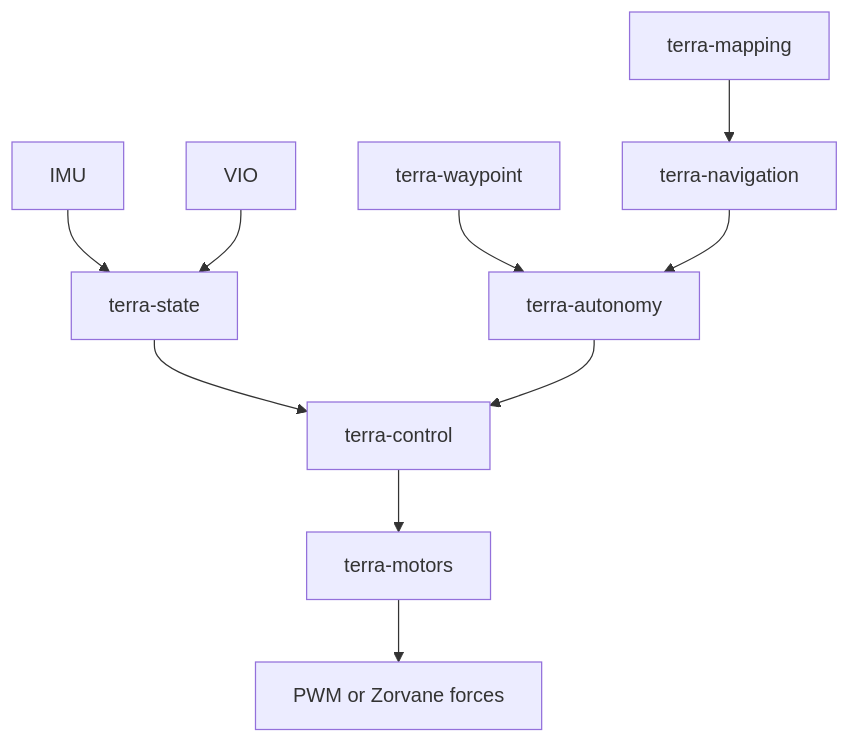
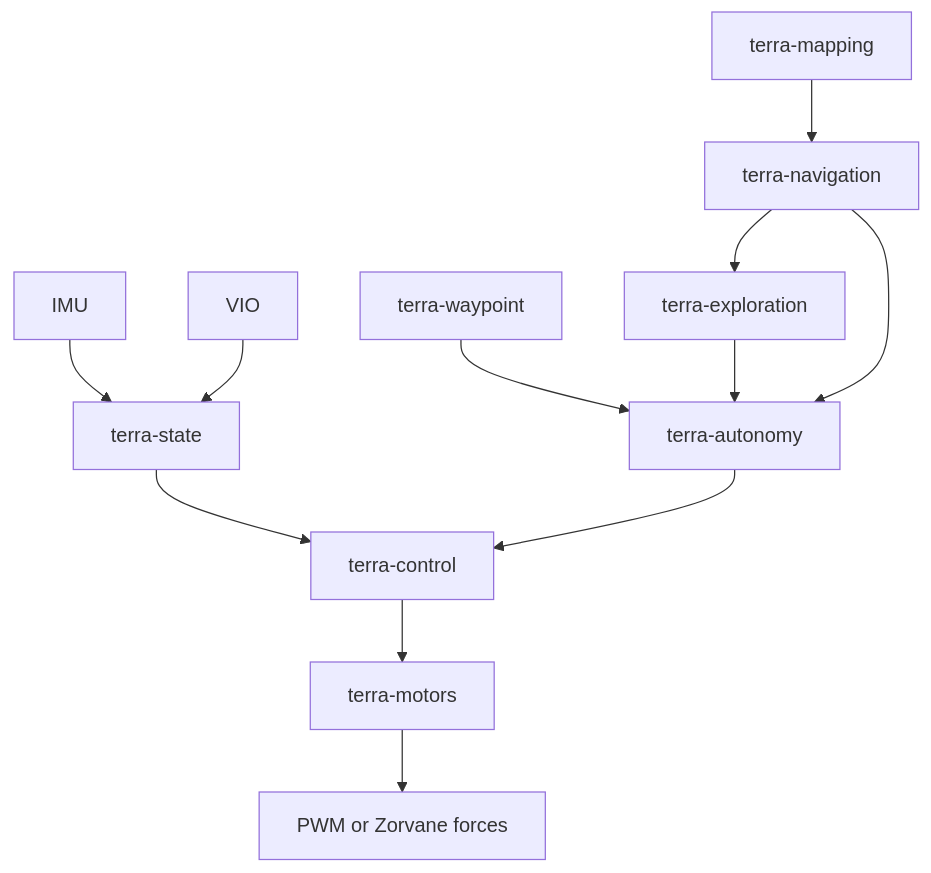
One commit to Super-Yojan/Terra changed the first of 2 diagrams in docs/architecture.md. Above: the diagram before and after it, drawn with Mermaid. The commit also changed 31 other files, not shown here.

````diff
--- a/docs/architecture.md
+++ b/docs/architecture.md
@@ -12,12 +12,14 @@
 ```mermaid
 flowchart TB
   IMU[IMU] --> State[terra-state]
   VIO[VIO] --> State
   State --> Ctrl[terra-control]
   Goal[terra-waypoint] --> Auto[terra-autonomy]
   Map[terra-mapping] --> Nav[terra-navigation]
+  Nav --> Exp[terra-exploration]
+  Exp --> Auto
   Nav --> Auto
   Auto --> Ctrl
   Ctrl --> Mot[terra-motors]
   Mot --> PWM[PWM or Zorvane forces]
 ```
````
